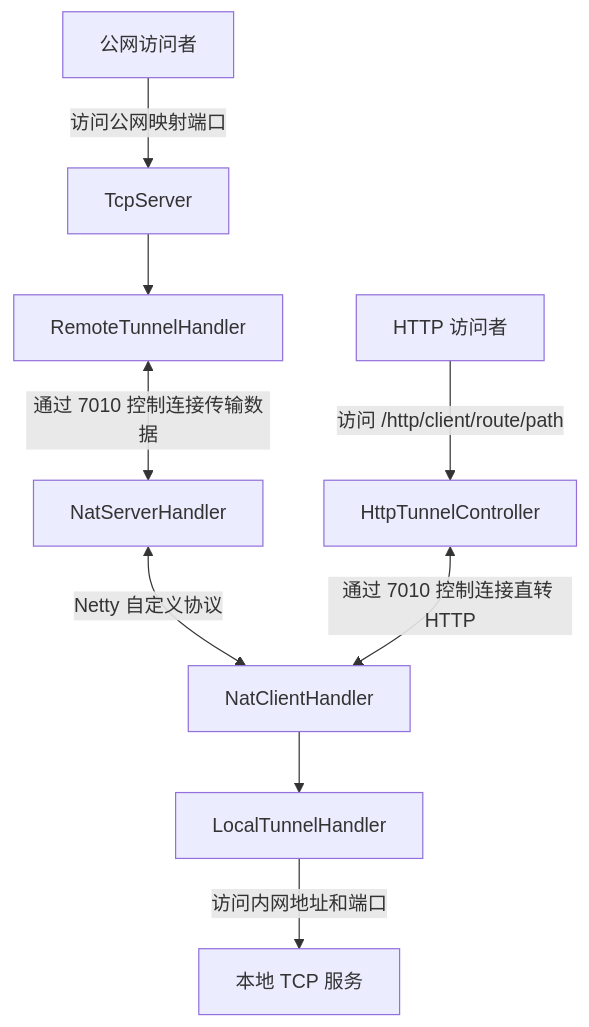
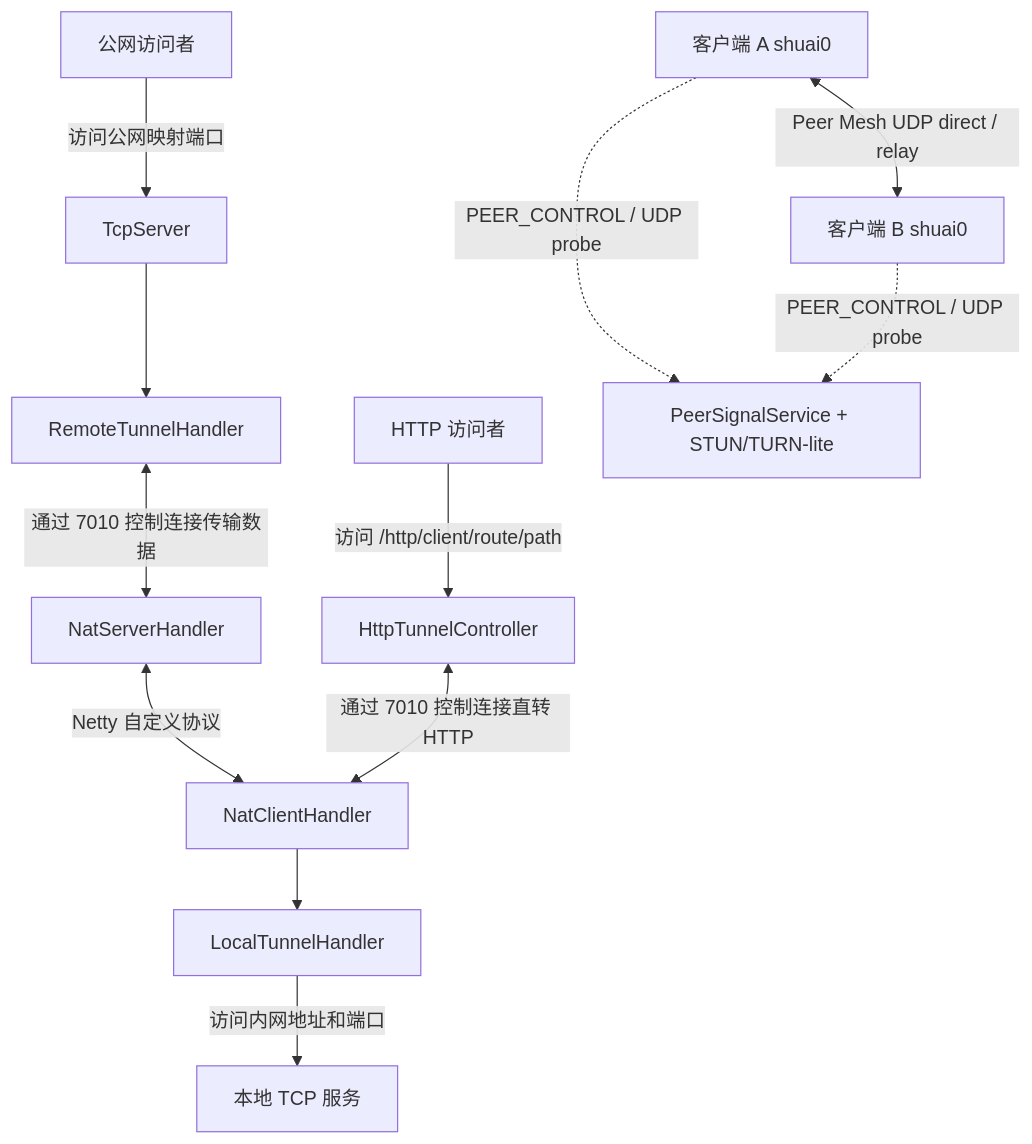
Before and after one commit to devShuai/specus: the diagram in README.md, drawn with Mermaid. The commit also changed other lines of this file and 12 other files, not shown here.

Commit message:
docs(protocol): document java protocol and schemas

````diff
--- a/README.md
+++ b/README.md
@@ -9,11 +9,15 @@
 ```mermaid
 flowchart TD
     U[公网访问者] -->|访问公网映射端口| P[TcpServer]
     P --> R[RemoteTunnelHandler]
     R <-->|通过 7010 控制连接传输数据| N[NatServerHandler]
     N <-->|Netty 自定义协议| C[NatClientHandler]
     C --> L[LocalTunnelHandler]
     L -->|访问内网地址和端口| S[本地 TCP 服务]
     H[HTTP 访问者] -->|访问 /http/client/route/path| W[HttpTunnelController]
     W <-->|通过 7010 控制连接直转 HTTP| C
+    PM[PeerSignalService + STUN/TURN-lite]
+    A[客户端 A shuai0] <-->|Peer Mesh UDP direct / relay| B[客户端 B shuai0]
+    A -.->|PEER_CONTROL / UDP probe| PM
+    B -.->|PEER_CONTROL / UDP probe| PM
 ```
````
